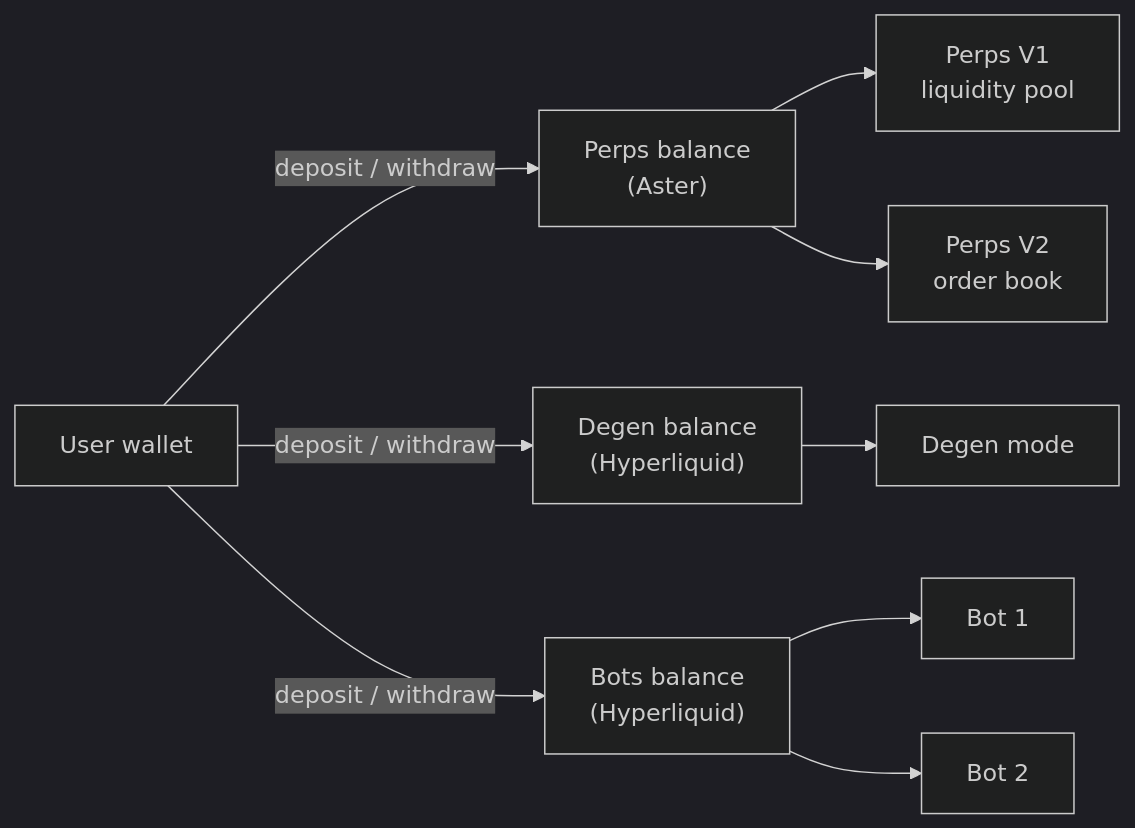
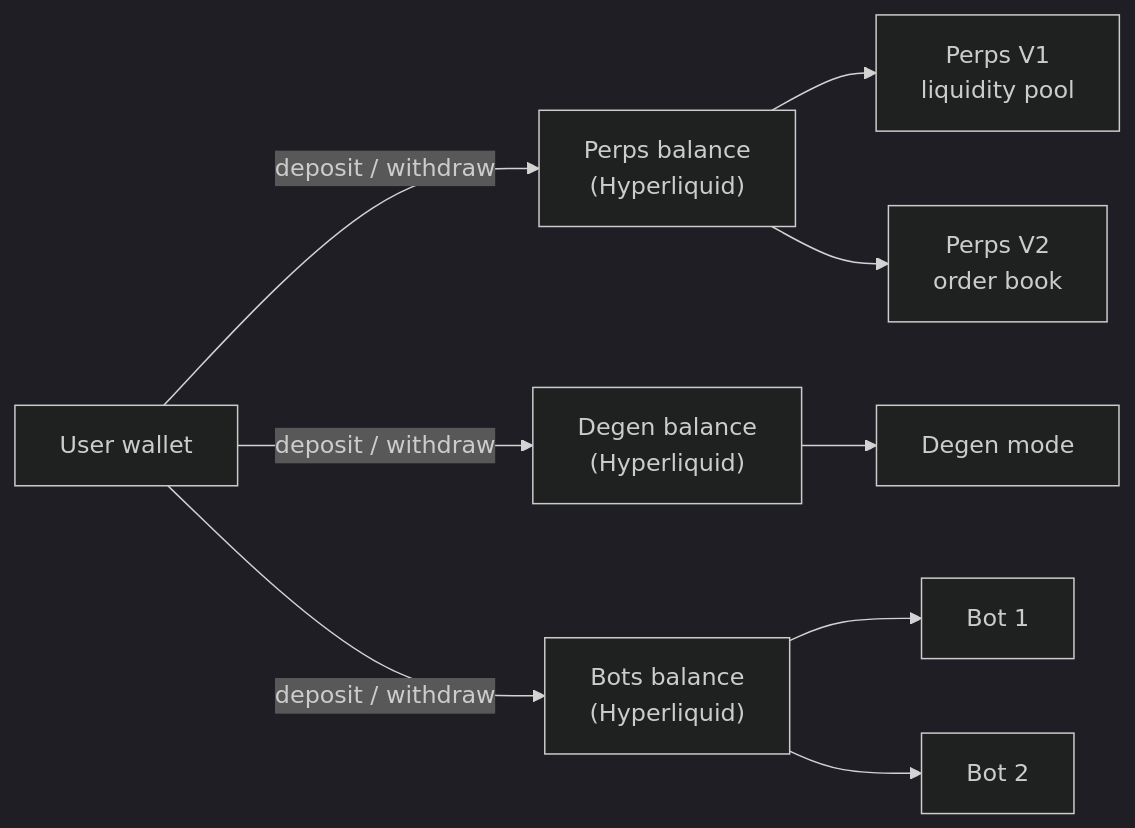
One commit to dyxy-io/architecture changed the second of 3 diagrams in README.md. Above: the diagram before and after it, drawn with Mermaid (dark theme). The commit also changed other lines of this file, not shown here.

First line of the commit message:
Move perps to Hyperliquid, remove DYXY fee on swaps and stocks, theme-aware logo

````diff
--- a/README.md
+++ b/README.md
@@ -79,12 +82,12 @@
 ```mermaid
 flowchart LR
     W["User wallet"]
-    W -- deposit / withdraw --> PB["Perps balance<br/>(Aster)"]
+    W -- deposit / withdraw --> PB["Perps balance<br/>(Hyperliquid)"]
     W -- deposit / withdraw --> DB["Degen balance<br/>(Hyperliquid)"]
     W -- deposit / withdraw --> BB["Bots balance<br/>(Hyperliquid)"]
     PB --> V1["Perps V1<br/>liquidity pool"]
     PB --> V2["Perps V2<br/>order book"]
     DB --> DG["Degen mode"]
     BB --> B1["Bot 1"]
     BB --> B2["Bot 2"]
 ```
````
